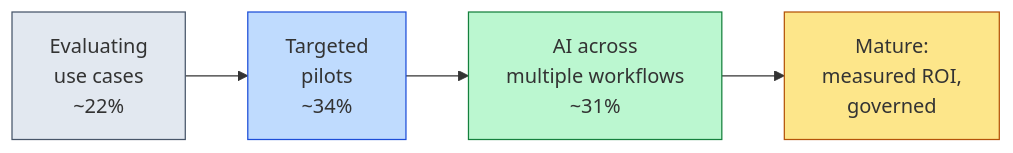
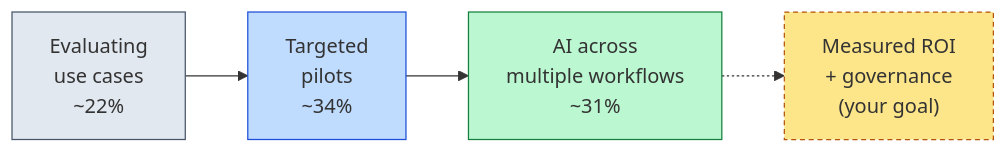
Before and after one commit to depalmar/ai_for_the_win: the third of 4 diagrams in docs/guides/ai-for-security-leaders.md, drawn with Mermaid. The commit also changed other lines of this file, not shown here.

````diff
--- a/docs/guides/ai-for-security-leaders.md
+++ b/docs/guides/ai-for-security-leaders.md
@@ -172,10 +172,10 @@
 ```mermaid
 flowchart LR
     A["Evaluating<br/>use cases<br/>~22%"] --> B["Targeted<br/>pilots<br/>~34%"]
     B --> C["AI across<br/>multiple workflows<br/>~31%"]
-    C --> D["Mature:<br/>measured ROI,<br/>governed"]
+    C -.-> D["Measured ROI<br/>+ governance<br/>(your goal)"]
     style A fill:#e2e8f0,stroke:#475569
     style B fill:#bfdbfe,stroke:#1d4ed8
     style C fill:#bbf7d0,stroke:#15803d
-    style D fill:#fde68a,stroke:#b45309
+    style D fill:#fde68a,stroke:#b45309,stroke-dasharray: 4 3
 ```
````
